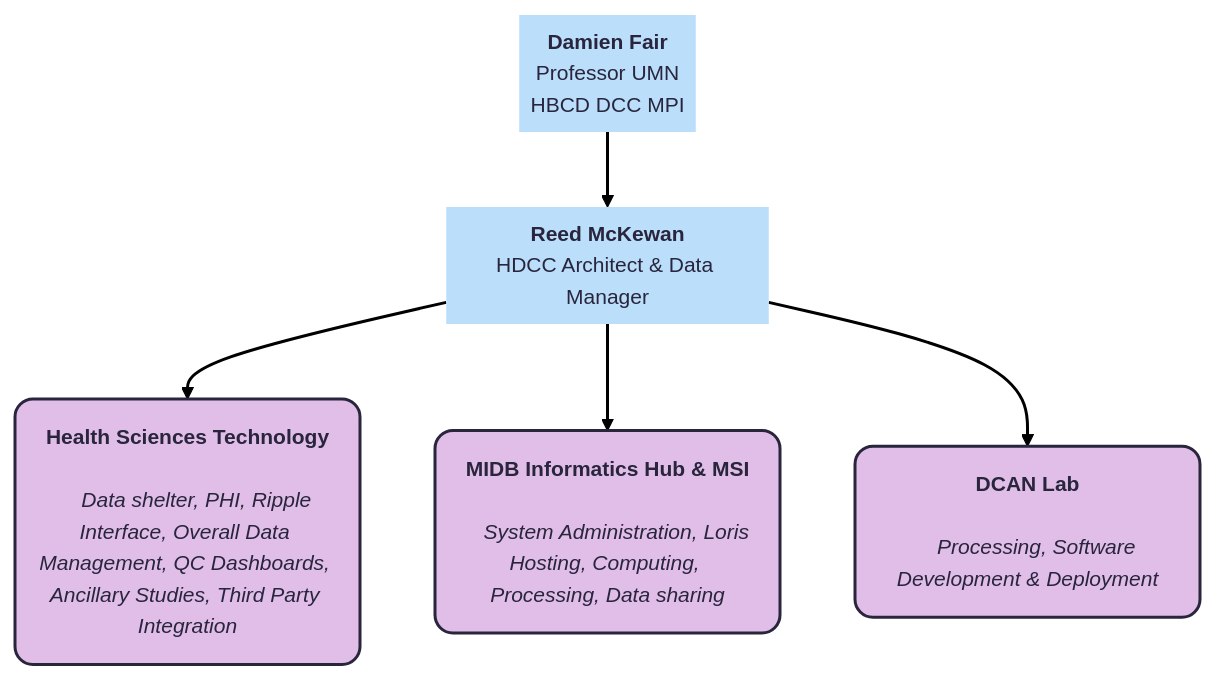
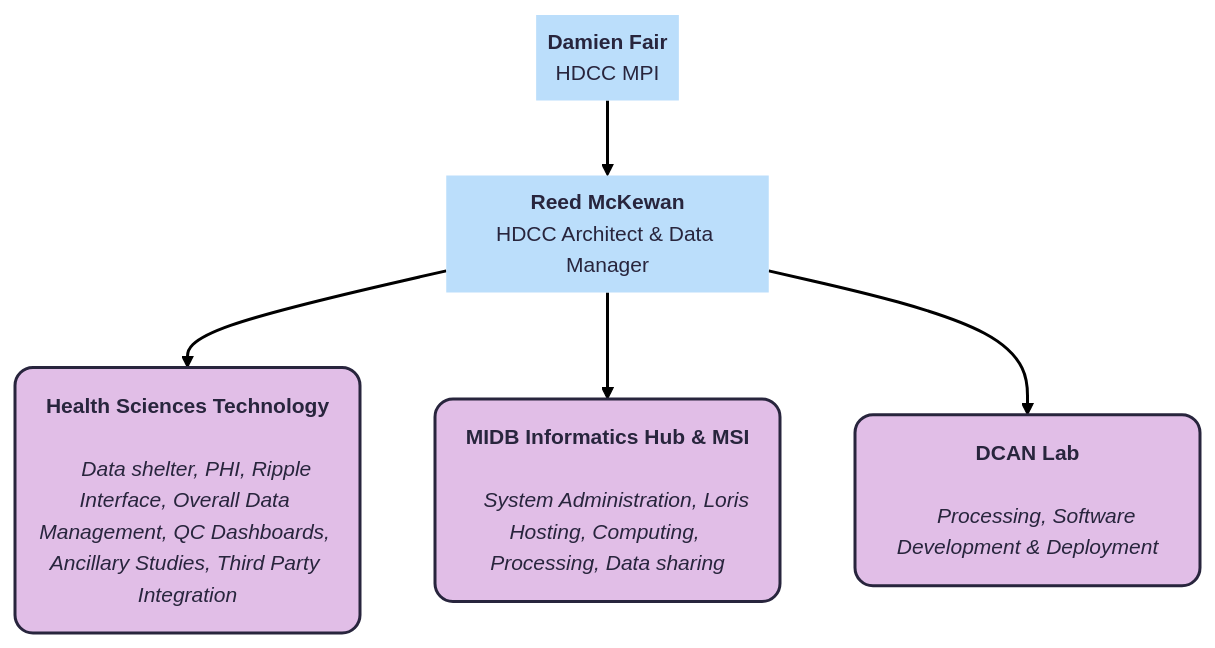
Before and after one commit to DCAN-Labs/hbcd-docs-internal: the third of 10 diagrams in docs/orgcharts.md, drawn with Mermaid. The commit also changed other lines of this file, not shown here.

````diff
--- a/docs/orgcharts.md
+++ b/docs/orgcharts.md
@@ -310,28 +324,26 @@
 ```mermaid
 ---
 config:
   theme: redux
   layout: dagre
 ---
 flowchart TB
-    A["<b>Damien Fair</b><br>Professor UMN<br>HBCD DCC MPI"] --> A1["<b>Reed McKewan</b><br>HDCC Architect &amp; Data Manager"]
+    A["<b>Damien Fair</b><br>HDCC MPI"] --> A1["<b>Reed McKewan</b><br>HDCC Architect &amp; Data Manager"]
     A1 --> HST["<b>Health Sciences Technology</b><br>
-    <i>Data shelter, PHI, Ripple Interface, Overall Data Management, QC Dashboards, Ancillary Studies, Third Party Integration</i>"]
-    A1 --> MIDB["<b>MIDB Informatics Hub & MSI</b><br>
-    <i>System Administration, Loris Hosting, Computing, Processing, Data sharing</i>"] 
-    A1 --> DCAN["<b>DCAN Lab</b><br>
+    <i>Data shelter, PHI, Ripple Interface, Overall Data Management, QC Dashboards, Ancillary Studies, Third Party Integration</i>"] & MIDB["<b>MIDB Informatics Hub &amp; MSI</b><br>
+    <i>System Administration, Loris Hosting, Computing, Processing, Data sharing</i>"] & DCAN["<b>DCAN Lab</b><br>
     <i>Processing, Software Development &amp; Deployment</i>"]
     A@{ shape: text}
     A1@{ shape: text}
     HST@{ shape: rounded}
     MIDB@{ shape: rounded}
     DCAN@{ shape: rounded}
     style A fill:#BBDEFB
     style A1 fill:#BBDEFB
     style HST fill:#E1BEE7
     style MIDB fill:#E1BEE7
     style DCAN fill:#E1BEE7
     click HST "#health-sciences-technology-hst"
     click MIDB "#masonic-institute-for-the-developing-brain-midb-informatics-hub"
     click DCAN "#dcan-lab"
 ```
````
